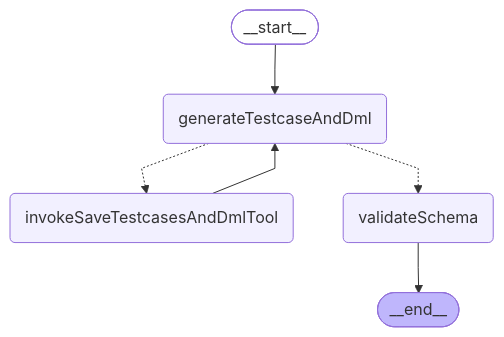
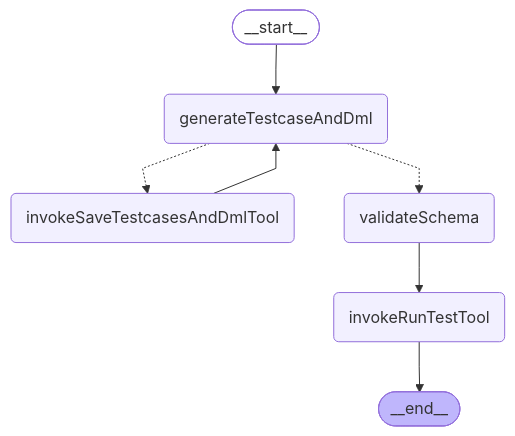
One commit to liam-hq/liam changed the fifth of 5 diagrams in frontend/internal-packages/agent/README.md. Above: the diagram before and after it, drawn with Mermaid. The commit also changed other lines of this file and 9 other files, not shown here.

First line of the commit message:
refactor(agent): split QA agent validation workflow and introduce test execution tool

````diff
--- a/frontend/internal-packages/agent/README.md
+++ b/frontend/internal-packages/agent/README.md
@@ -226,17 +226,19 @@
 ```mermaid
 %%{init: {'flowchart': {'curve': 'linear'}}}%%
 graph TD;
 	__start__([<p>__start__</p>]):::first
 	generateTestcaseAndDml(generateTestcaseAndDml)
 	invokeSaveTestcasesAndDmlTool(invokeSaveTestcasesAndDmlTool)
 	validateSchema(validateSchema)
+	invokeRunTestTool(invokeRunTestTool)
 	__end__([<p>__end__</p>]):::last
 	__start__ --> generateTestcaseAndDml;
+	invokeRunTestTool --> __end__;
 	invokeSaveTestcasesAndDmlTool --> generateTestcaseAndDml;
-	validateSchema --> __end__;
+	validateSchema --> invokeRunTestTool;
 	generateTestcaseAndDml -.-> invokeSaveTestcasesAndDmlTool;
 	generateTestcaseAndDml -.-> validateSchema;
 	classDef default fill:#f2f0ff,line-height:1.2;
 	classDef first fill-opacity:0;
 	classDef last fill:#bfb6fc;
 ```
````
